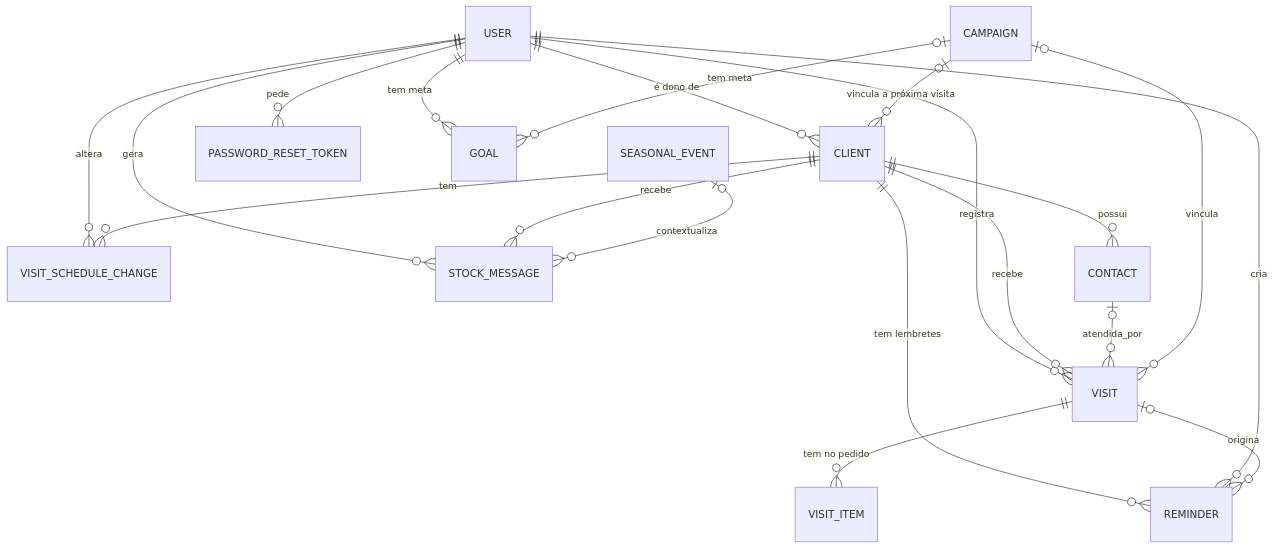
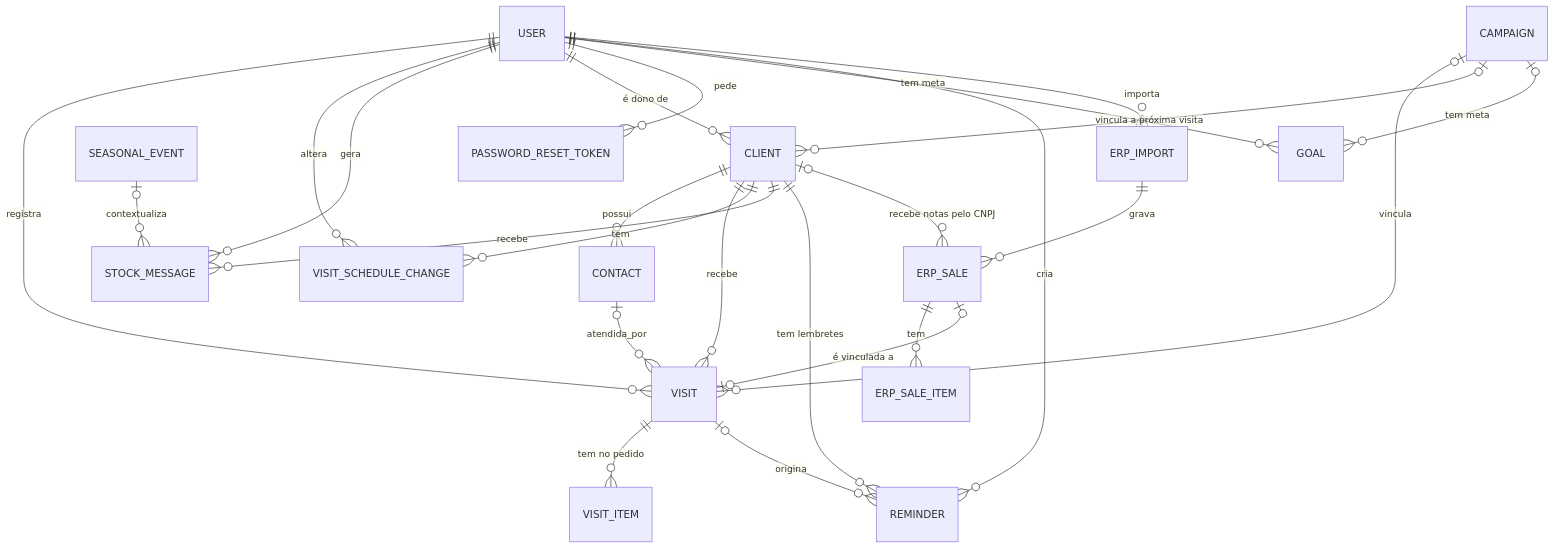
The diagram in docs/modelo-de-dados.md (dudapetzinger/CHOKOCRM), drawn with Mermaid before and after one commit. The commit also changed other lines of this file and 7 other files, not shown here.

````diff
--- a/docs/modelo-de-dados.md
+++ b/docs/modelo-de-dados.md
@@ -16,22 +16,27 @@
 ```mermaid
 erDiagram
   USER ||--o{ VISIT : registra
   USER ||--o{ VISIT_SCHEDULE_CHANGE : altera
   USER ||--o{ STOCK_MESSAGE : gera
   USER ||--o{ CLIENT : "é dono de"
   CLIENT ||--o{ CONTACT : possui
   CLIENT ||--o{ VISIT : recebe
   CLIENT ||--o{ VISIT_SCHEDULE_CHANGE : tem
   CLIENT ||--o{ STOCK_MESSAGE : recebe
   CONTACT |o--o{ VISIT : atendida_por
   SEASONAL_EVENT |o--o{ STOCK_MESSAGE : contextualiza
   USER ||--o{ PASSWORD_RESET_TOKEN : pede
   VISIT ||--o{ VISIT_ITEM : "tem no pedido"
   CAMPAIGN |o--o{ VISIT : vincula
   CAMPAIGN |o--o{ CLIENT : "vincula a próxima visita"
   USER ||--o{ GOAL : "tem meta"
   CAMPAIGN |o--o{ GOAL : "tem meta"
   CLIENT ||--o{ REMINDER : "tem lembretes"
   USER ||--o{ REMINDER : cria
   VISIT |o--o{ REMINDER : origina
+  USER ||--o{ ERP_IMPORT : importa
+  ERP_IMPORT ||--o{ ERP_SALE : grava
+  ERP_SALE ||--o{ ERP_SALE_ITEM : tem
+  CLIENT |o--o{ ERP_SALE : "recebe notas pelo CNPJ"
+  ERP_SALE |o--o| VISIT : "é vinculada a"
 ```
````
